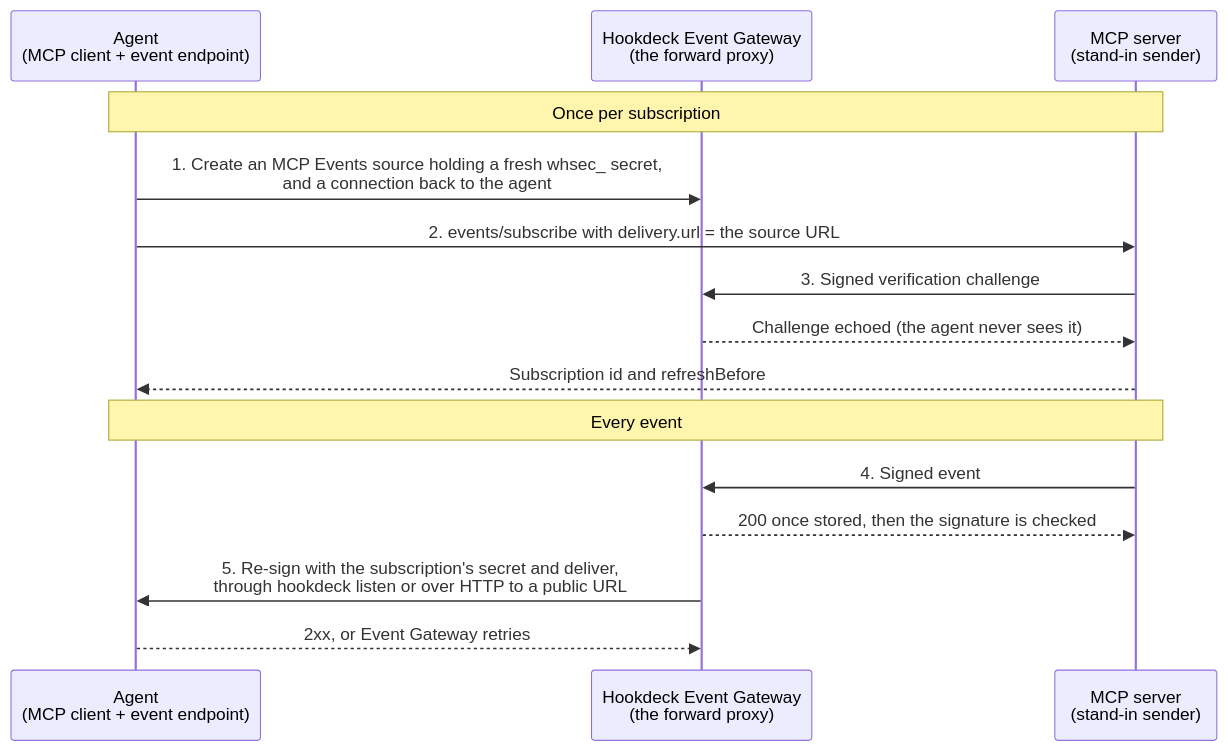
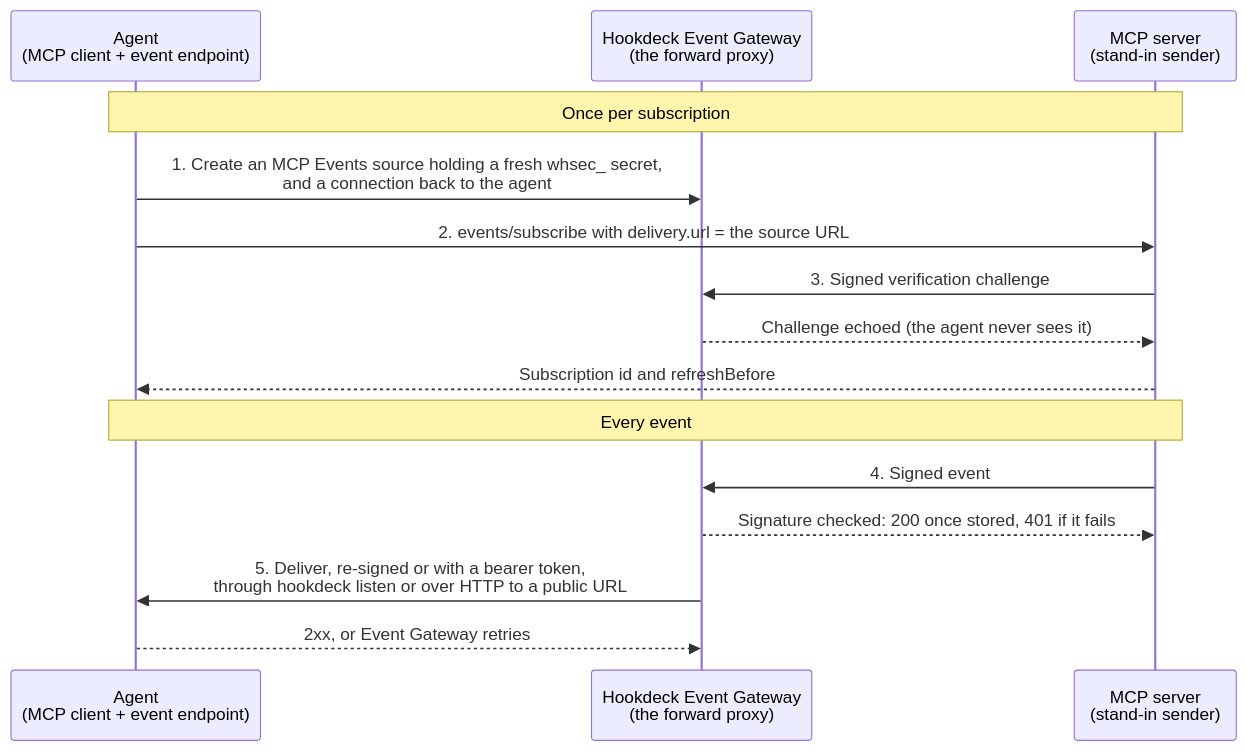
Before and after one commit to hookdeck/hookdeck-demos: the diagram in hookdeck/mcp-events-forward-proxy/README.md, drawn with Mermaid. The commit also changed other lines of this file and 8 other files, not shown here.

First line of the commit message:
mcp-events-forward-proxy: a bearer-token destination, Mcp-Name, and the 401 for bad signatures

````diff
--- a/hookdeck/mcp-events-forward-proxy/README.md
+++ b/hookdeck/mcp-events-forward-proxy/README.md
@@ -9,17 +9,17 @@
 ```mermaid
 sequenceDiagram
     participant A as Agent<br>(MCP client + event endpoint)
     participant P as Hookdeck Event Gateway<br>(the forward proxy)
     participant S as MCP server<br>(stand-in sender)
     Note over A,S: Once per subscription
     A->>P: 1. Create an MCP Events source holding a fresh whsec_ secret,<br>and a connection back to the agent
     A->>S: 2. events/subscribe with delivery.url = the source URL
     S->>P: 3. Signed verification challenge
     P-->>S: Challenge echoed (the agent never sees it)
     S-->>A: Subscription id and refreshBefore
     Note over A,S: Every event
     S->>P: 4. Signed event
-    P-->>S: 200 once stored, then the signature is checked
-    P->>A: 5. Re-sign with the subscription's secret and deliver,<br>through hookdeck listen or over HTTP to a public URL
+    P-->>S: Signature checked: 200 once stored, 401 if it fails
+    P->>A: 5. Deliver, re-signed or with a bearer token,<br>through hookdeck listen or over HTTP to a public URL
     A-->>P: 2xx, or Event Gateway retries
 ```
````
